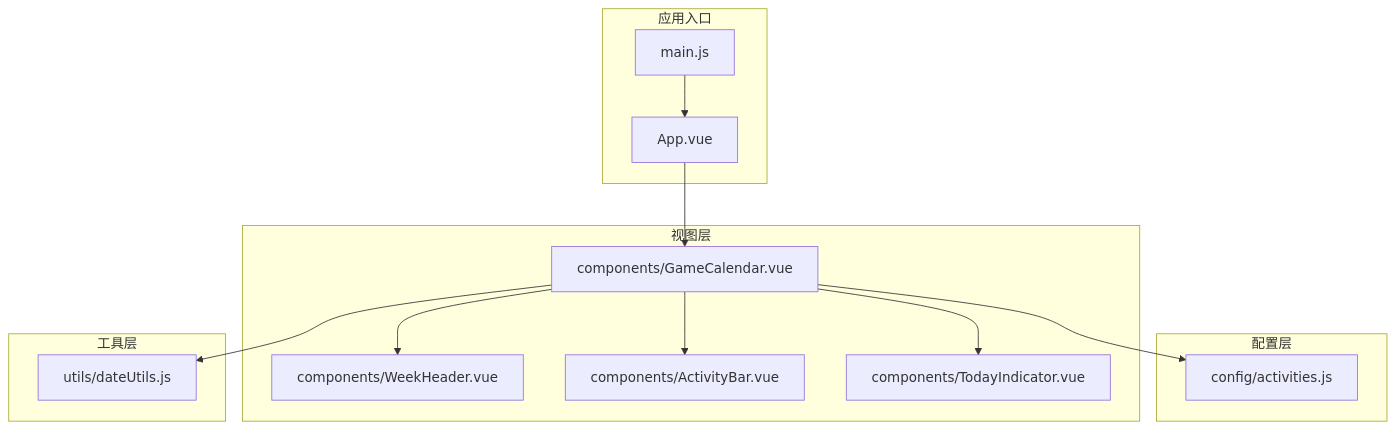
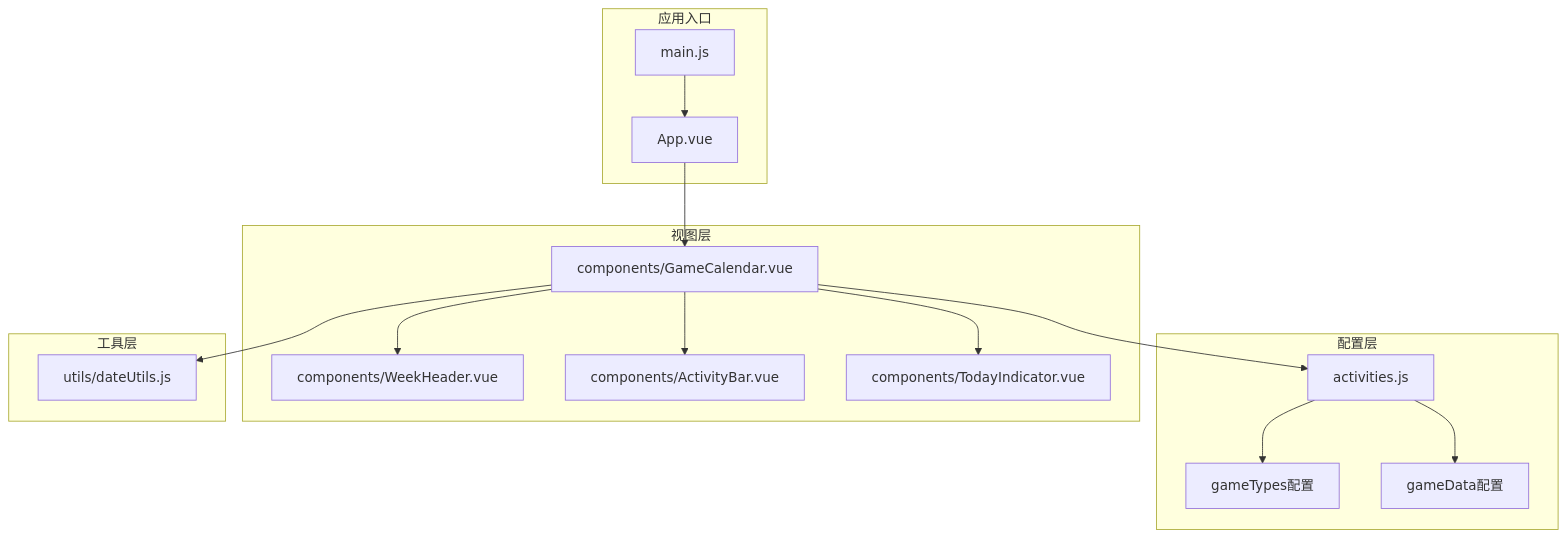
Before and after one commit to xuanyulingnfeg/gameCalendar: the first of 6 diagrams in .qoder/repowiki/zh/content/配置系统.md, drawn with Mermaid. The commit also changed other lines of this file and 5 other files, not shown here.

````diff
--- a/.qoder/repowiki/zh/content/配置系统.md
+++ b/.qoder/repowiki/zh/content/配置系统.md
@@ -43,26 +43,30 @@
 ```mermaid
 graph TB
 subgraph "应用入口"
 MAIN["main.js"]
 APP["App.vue"]
 end
 subgraph "配置层"
-ACT["config/activities.js"]
+GAME_TYPES["gameTypes配置"]
+GAME_DATA["gameData配置"]
+END_CONFIG["activities.js"]
 end
 subgraph "视图层"
 GC["components/GameCalendar.vue"]
 WB["components/WeekHeader.vue"]
 AB["components/ActivityBar.vue"]
 TI["components/TodayIndicator.vue"]
 end
 subgraph "工具层"
 DU["utils/dateUtils.js"]
 end
 MAIN --> APP
 APP --> GC
 GC --> WB
 GC --> TI
 GC --> AB
 GC --> DU
-GC --> ACT
+GC --> END_CONFIG
+END_CONFIG --> GAME_TYPES
+END_CONFIG --> GAME_DATA
 ```
````
